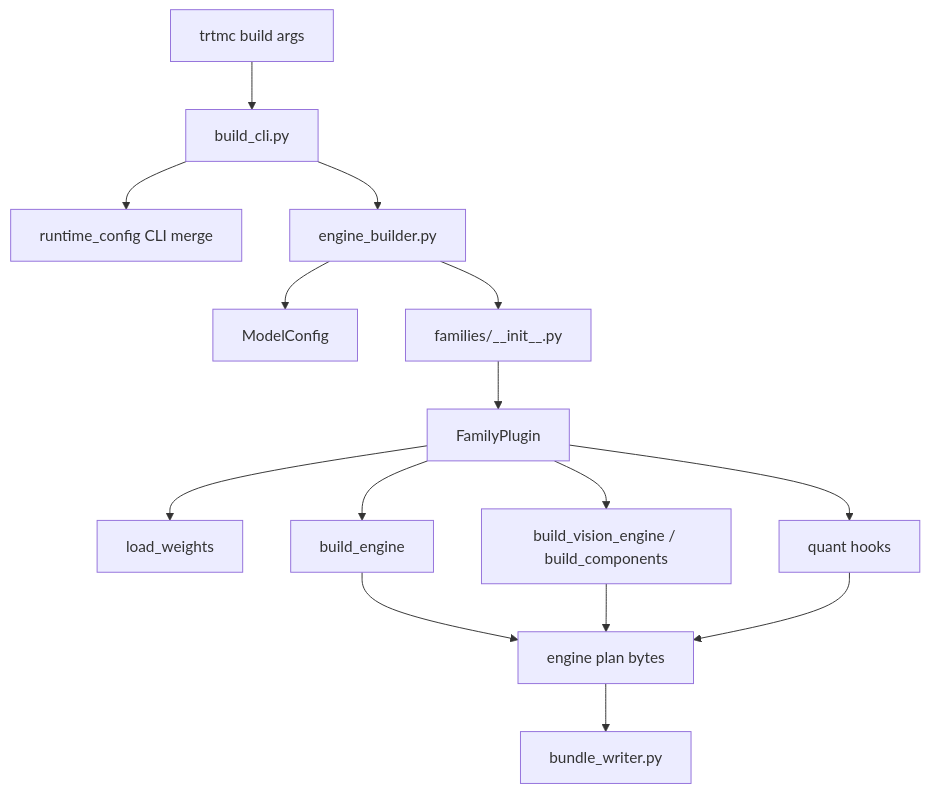
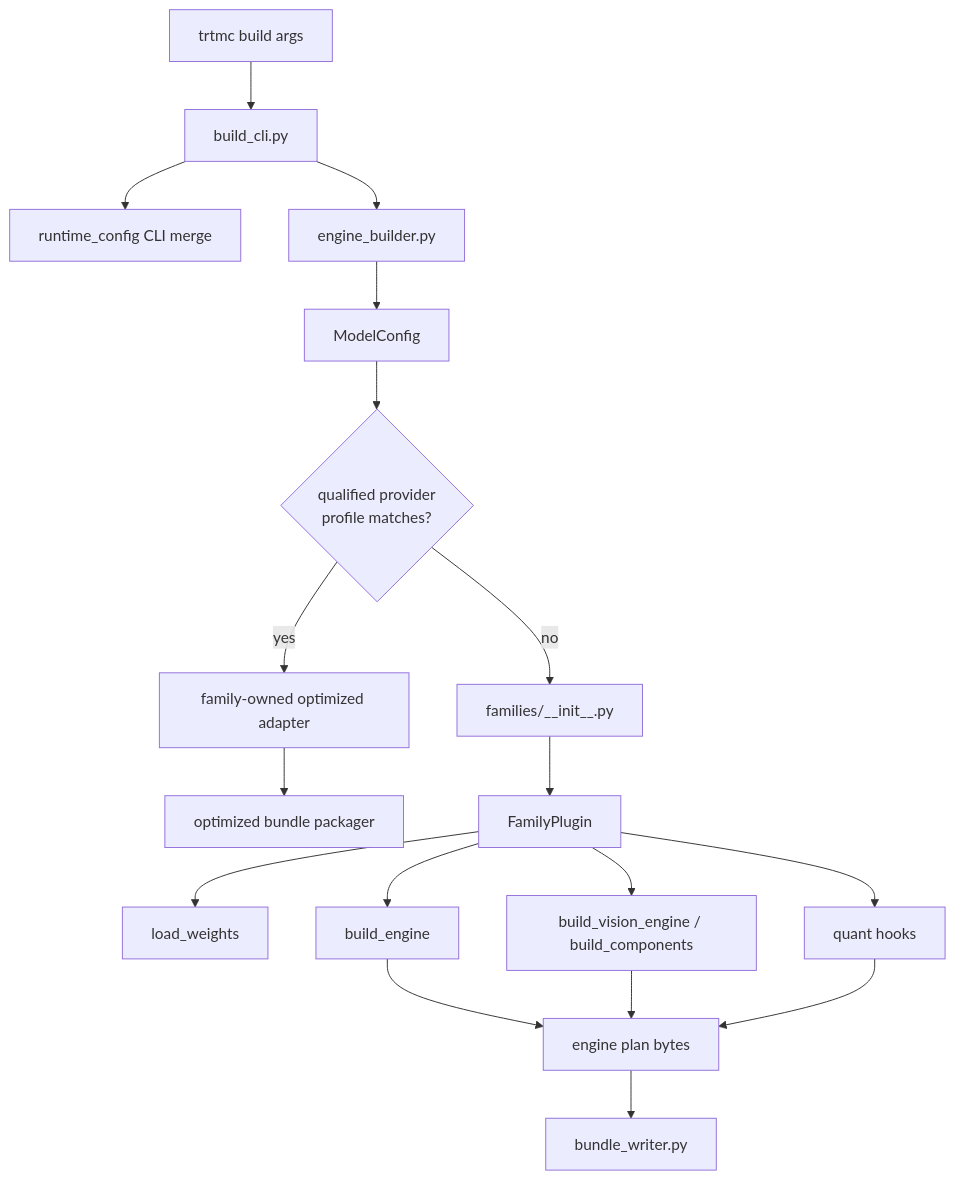
Before and after one commit to NVIDIA/TensorRT-Model-Connect: the first of 3 diagrams in website/docs/unit-design/python-builder.md, drawn with Mermaid. The commit also changed other lines of this file and 76 other files, not shown here.

````diff
--- a/website/docs/unit-design/python-builder.md
+++ b/website/docs/unit-design/python-builder.md
@@ -7,17 +7,20 @@
 ```mermaid
 flowchart TD
   Args["trtmc build args"] --> CLI["build_cli.py"]
   CLI --> ConfigLayer["runtime_config CLI merge"]
   CLI --> EngineBuilder["engine_builder.py"]
   EngineBuilder --> ModelConfig["ModelConfig"]
-  EngineBuilder --> FamilyLookup["families/__init__.py"]
+  ModelConfig --> Provider{"qualified provider<br/>profile matches?"}
+  Provider -->|yes| Adapter["family-owned optimized adapter"]
+  Adapter --> OptimizedBundle["optimized bundle packager"]
+  Provider -->|no| FamilyLookup["families/__init__.py"]
   FamilyLookup --> Family["FamilyPlugin"]
   Family --> Weights["load_weights"]
   Family --> BuildMain["build_engine"]
   Family --> BuildOptional["build_vision_engine / build_components"]
   Family --> QuantHooks["quant hooks"]
   BuildMain --> Plans["engine plan bytes"]
   BuildOptional --> Plans
   QuantHooks --> Plans
   Plans --> Bundle["bundle_writer.py"]
 ```
````
